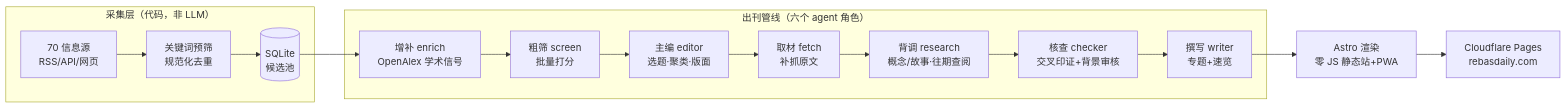
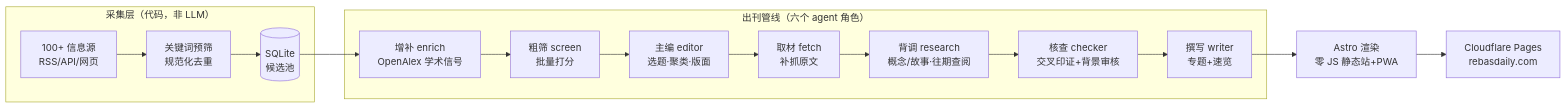
Before and after one commit to Rebas9512/rebas-daily: the diagram in README.md, drawn with Mermaid. The commit also changed other lines of this file and 1 other file, not shown here.

````diff
--- a/README.md
+++ b/README.md
@@ -26,10 +26,10 @@
 ```mermaid
 flowchart LR
     subgraph 采集层["采集层（代码，非 LLM）"]
-        A[70 信息源<br>RSS/API/网页] --> B[关键词预筛<br>规范化去重] --> C[(SQLite<br>候选池)]
+        A[100+ 信息源<br>RSS/API/网页] --> B[关键词预筛<br>规范化去重] --> C[(SQLite<br>候选池)]
     end
     subgraph 编辑部["出刊管线（六个 agent 角色）"]
         C --> E[增补 enrich<br>OpenAlex 学术信号] --> F[粗筛 screen<br>批量打分] --> G[主编 editor<br>选题·聚类·版面] --> H[取材 fetch<br>补抓原文] --> I[背调 research<br>概念/故事·往期查阅] --> J[核查 checker<br>交叉印证+背景审核] --> K[撰写 writer<br>专题+速览]
     end
     K --> L[Astro 渲染<br>零 JS 静态站+PWA] --> M[Cloudflare Pages<br>rebasdaily.com]
 ```
````
